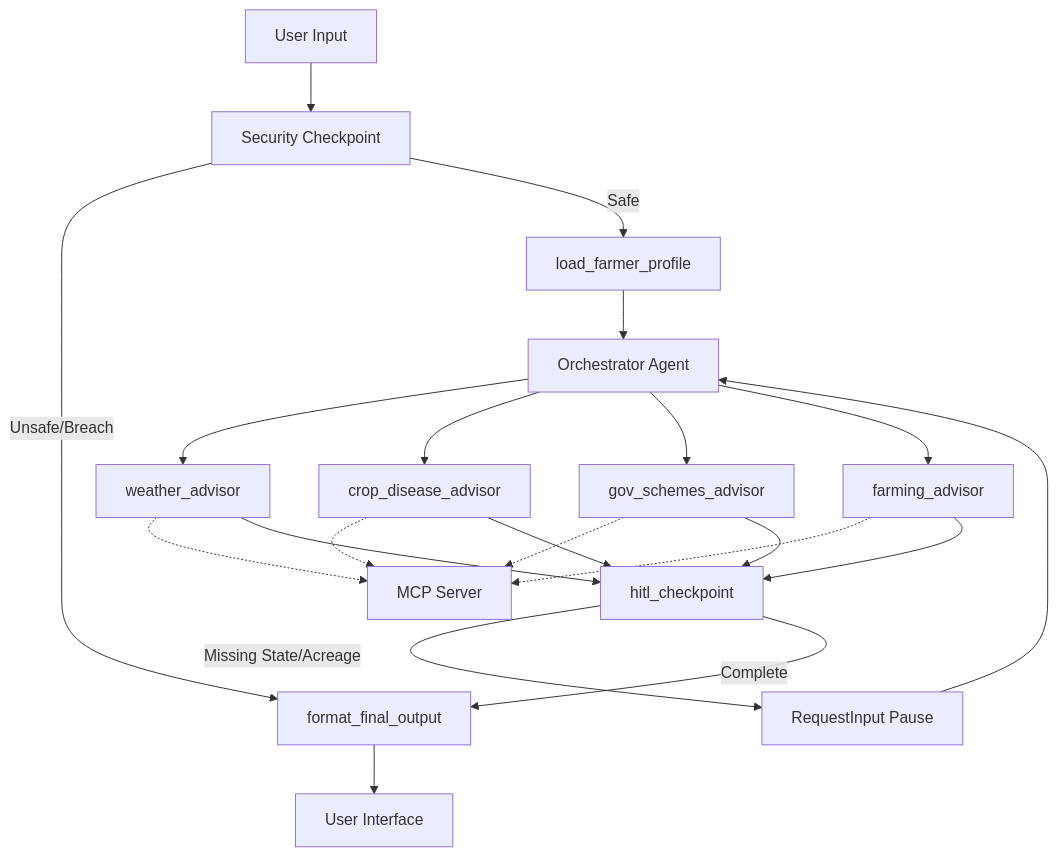
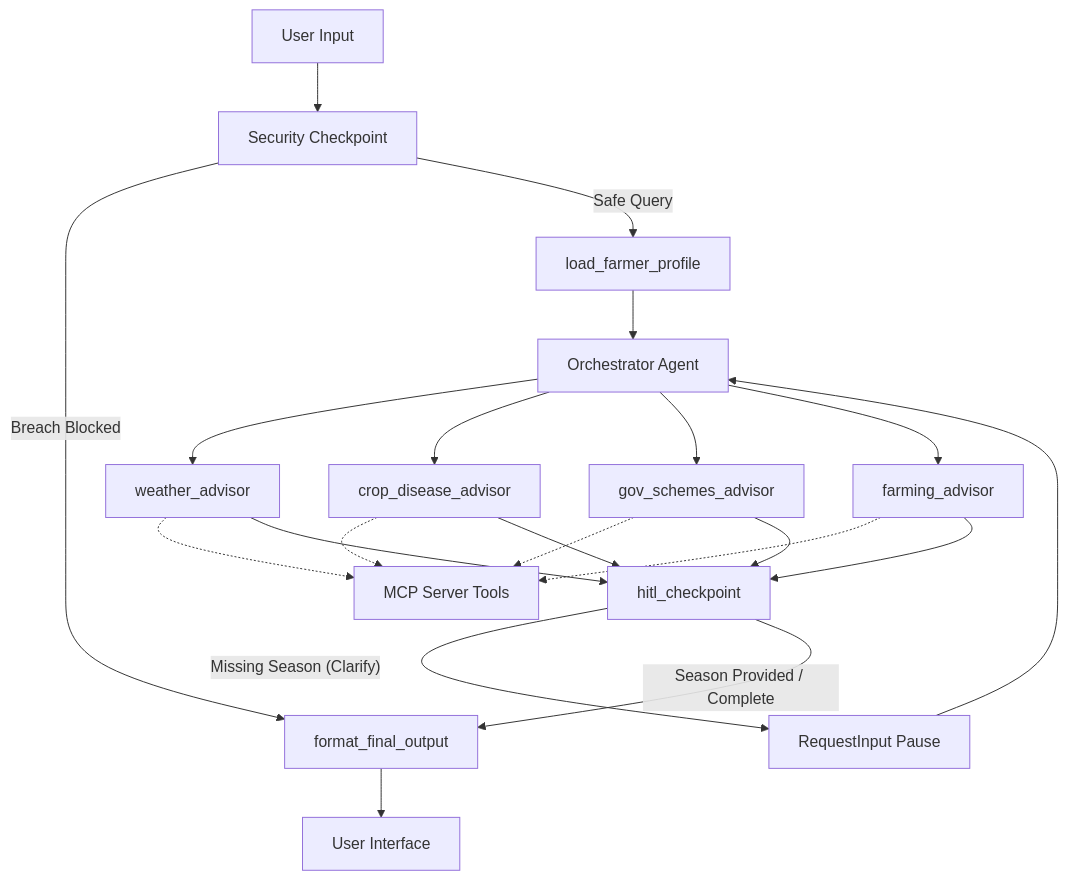
One commit to Kushagra-Dixit-0906/bharatsahayak changed the diagram in README.md. Above: the diagram before and after it, drawn with Mermaid. The commit also changed other lines of this file, not shown here.

````diff
--- a/README.md
+++ b/README.md
@@ -41,27 +56,29 @@
 ```mermaid
 graph TD
     START[User Input] --> SecCheck[Security Checkpoint]
-    SecCheck -- Unsafe/Breach --> Final[format_final_output]
-    SecCheck -- Safe --> LoadProfile[load_farmer_profile]
+    SecCheck -- Breach Blocked --> FinalOut[format_final_output]
+    SecCheck -- Safe Query --> LoadProfile[load_farmer_profile]
+    
     LoadProfile --> Orch[Orchestrator Agent]
     
     Orch --> Tool_Weather[weather_advisor]
     Orch --> Tool_Disease[crop_disease_advisor]
     Orch --> Tool_Gov[gov_schemes_advisor]
     Orch --> Tool_Farming[farming_advisor]
-
-    Tool_Weather -.-> MCPServer[MCP Server]
+    
+    Tool_Weather -.-> MCPServer[MCP Server Tools]
     Tool_Disease -.-> MCPServer
     Tool_Gov -.-> MCPServer
     Tool_Farming -.-> MCPServer
-
+    
     Tool_Weather --> HITL[hitl_checkpoint]
     Tool_Disease --> HITL
     Tool_Gov --> HITL
     Tool_Farming --> HITL
-
-    HITL -- Missing State/Acreage --> RequestMore[RequestInput Pause]
-    RequestMore --> Orch
-    HITL -- Complete --> Final
-    Final --> UI[User Interface]
+    
+    HITL -- Missing Season (Clarify) --> Pause[RequestInput Pause]
+    Pause --> Orch
+    HITL -- Season Provided / Complete --> FinalOut
+    
+    FinalOut --> UI[User Interface]
 ```
````
